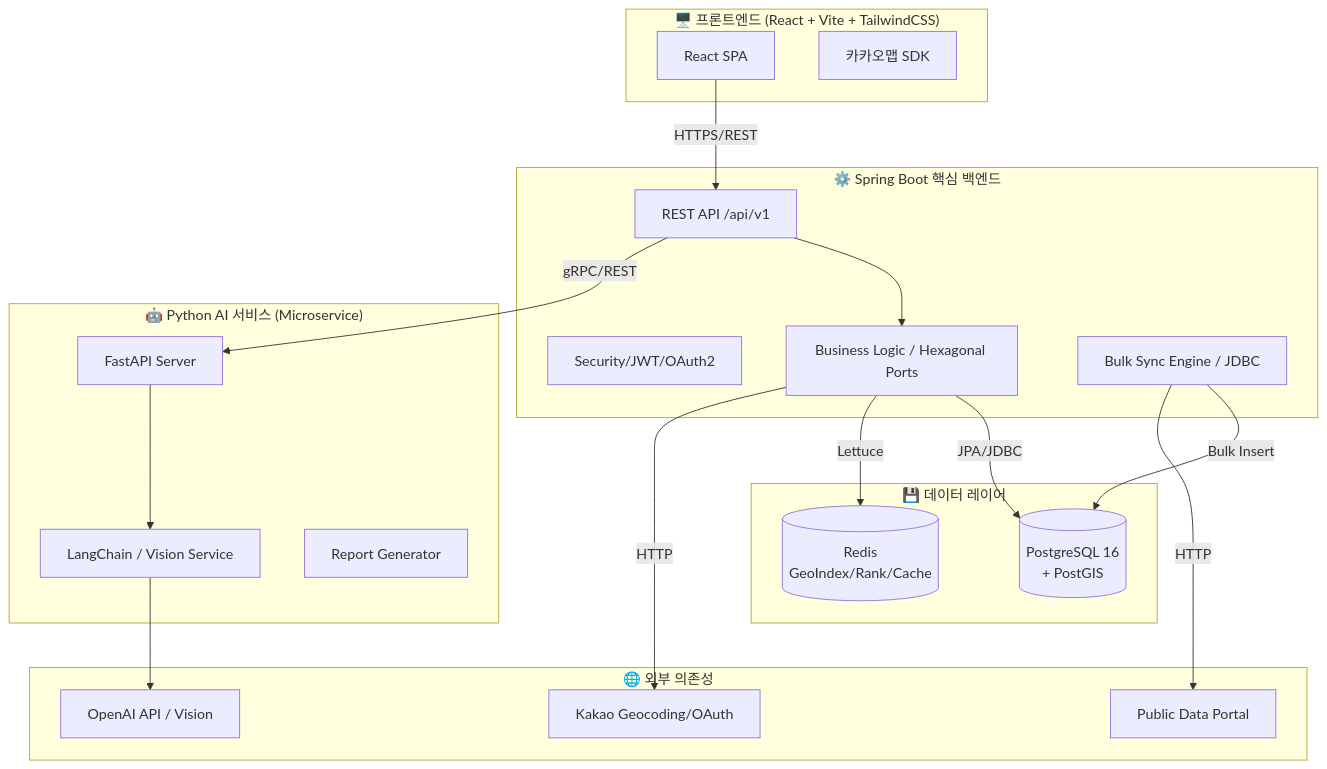
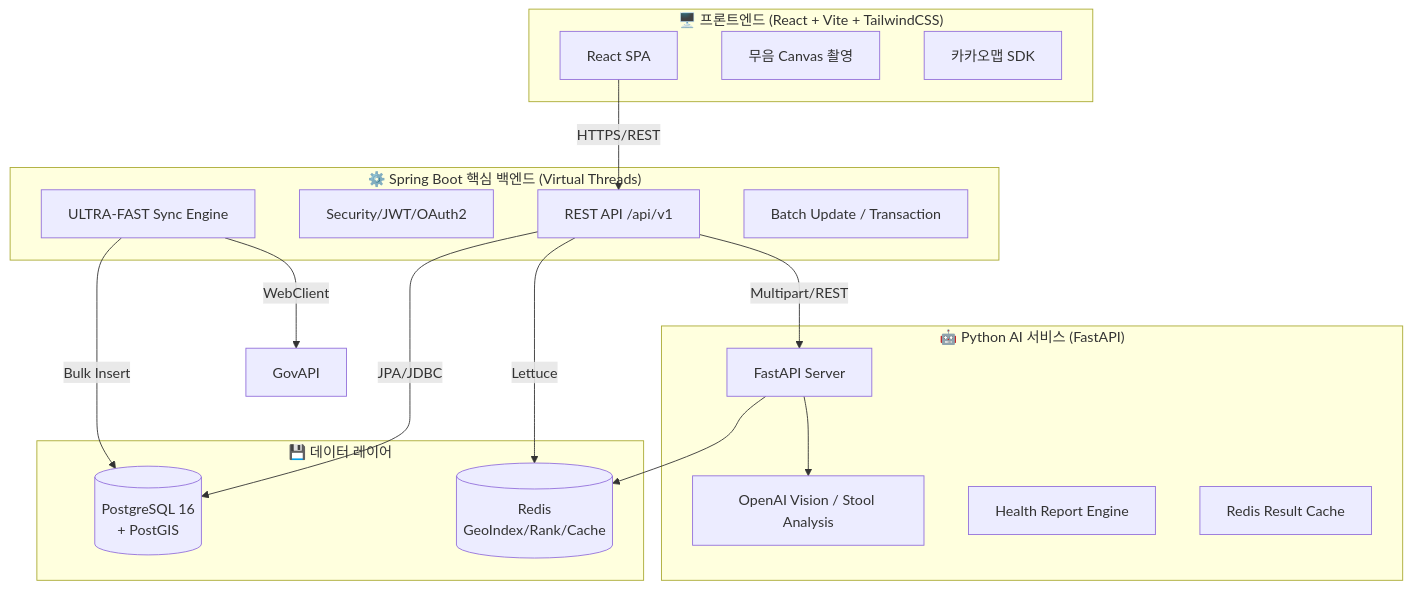
The diagram in README.md (hayohio-bit/day-poo), drawn with Mermaid before and after one commit. The commit also changed other lines of this file, not shown here.

````diff
--- a/README.md
+++ b/README.md
@@ -31,42 +31,36 @@
 ```mermaid
 graph TB
     subgraph Client["🖥️ 프론트엔드 (React + Vite + TailwindCSS)"]
         UI[React SPA]
+        WebRTC[무음 Canvas 촬영]
         KakaoMap[카카오맵 SDK]
     end
 
-    subgraph Backend["⚙️ Spring Boot 핵심 백엔드"]
+    subgraph Backend["⚙️ Spring Boot 핵심 백엔드 (Virtual Threads)"]
         API[REST API /api/v1]
         Auth[Security/JWT/OAuth2]
-        Domain[Business Logic / Hexagonal Ports]
-        Sync[Bulk Sync Engine / JDBC]
+        Sync[ULTRA-FAST Sync Engine]
+        DB_Write[Batch Update / Transaction]
     end
 
-    subgraph AI["🤖 Python AI 서비스 (Microservice)"]
+    subgraph AI["🤖 Python AI 서비스 (FastAPI)"]
         FastAPI[FastAPI Server]
-        LC[LangChain / Vision Service]
-        Report[Report Generator]
+        Vision[OpenAI Vision / Stool Analysis]
+        Report[Health Report Engine]
+        Cache[Redis Result Cache]
     end
 
     subgraph Data["💾 데이터 레이어"]
         PG[(PostgreSQL 16 \n+ PostGIS)]
         Redis[(Redis \nGeoIndex/Rank/Cache)]
     end
 
-    subgraph External["🌐 외부 의존성"]
-        OAI[OpenAI API / Vision]
-        Kakao[Kakao Geocoding/OAuth]
-        GovAPI[Public Data Portal]
-    end
-
     UI -->|HTTPS/REST| API
-    API --> Domain
-    Domain -->|JPA/JDBC| PG
-    Domain -->|Lettuce| Redis
-    API -->|gRPC/REST| FastAPI
-    FastAPI --> LC
-    LC --> OAI
+    API -->|JPA/JDBC| PG
+    API -->|Lettuce| Redis
+    API -->|Multipart/REST| FastAPI
+    FastAPI --> Vision
+    FastAPI --> Redis
     Sync -->|Bulk Insert| PG
-    Sync -->|HTTP| GovAPI
-    Domain -->|HTTP| Kakao
+    Sync -->|WebClient| GovAPI
 ```
````
